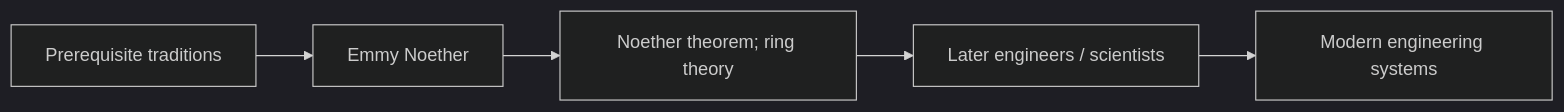
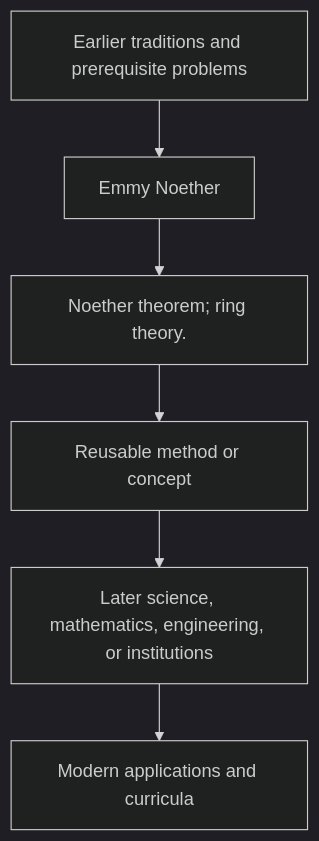
Before and after one commit to via-decide/ViaLogic: the diagram in docs/history/emmy-noether/influence.md, drawn with Mermaid (dark theme). The commit also changed other lines of this file and 858 other files, not shown here.

````diff
--- a/docs/history/emmy-noether/influence.md
+++ b/docs/history/emmy-noether/influence.md
@@ -29,7 +16,8 @@
 ```mermaid
-graph LR
-  prerequisites["Prerequisite traditions"] --> current["Emmy Noether"]
-  current --> contribution["Noether theorem; ring theory"]
-  contribution --> successors["Later engineers / scientists"]
-  successors --> modern["Modern engineering systems"]
+graph TD
+  Prior[Earlier traditions and prerequisite problems] --> Person[Emmy Noether]
+  Person --> Contribution[Noether theorem; ring theory.]
+  Contribution --> Method[Reusable method or concept]
+  Method --> Later[Later science, mathematics, engineering, or institutions]
+  Later --> Modern[Modern applications and curricula]
 ```
````
